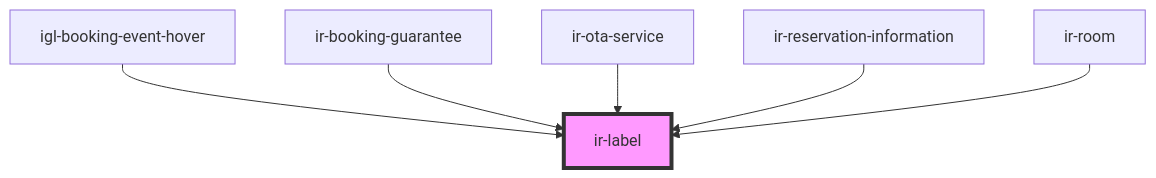
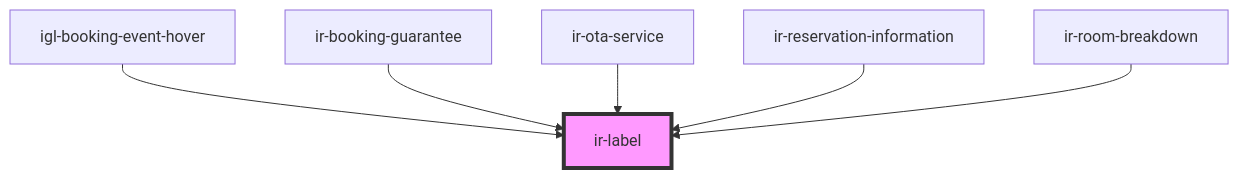
The diagram in src/components/ui/ir-label/readme.md (RonyRizk/ir-webcmp), drawn with Mermaid before and after one commit. The commit also changed other lines of this file and 244 other files, not shown here.

````diff
--- a/src/components/ui/ir-label/readme.md
+++ b/src/components/ui/ir-label/readme.md
@@ -35,9 +35,9 @@
 ```mermaid
 graph TD;
   igl-booking-event-hover --> ir-label
   ir-booking-guarantee --> ir-label
   ir-ota-service --> ir-label
   ir-reservation-information --> ir-label
-  ir-room --> ir-label
+  ir-room-breakdown --> ir-label
   style ir-label fill:#f9f,stroke:#333,stroke-width:4px
 ```
````
